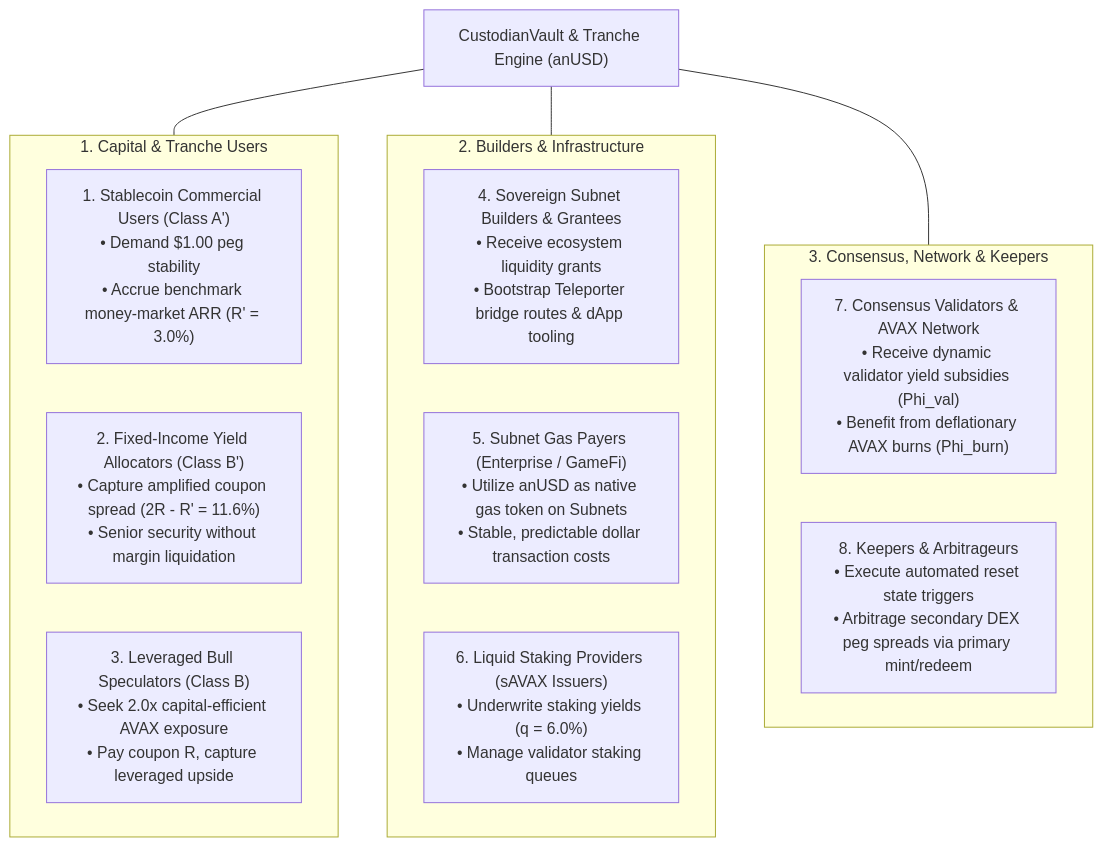
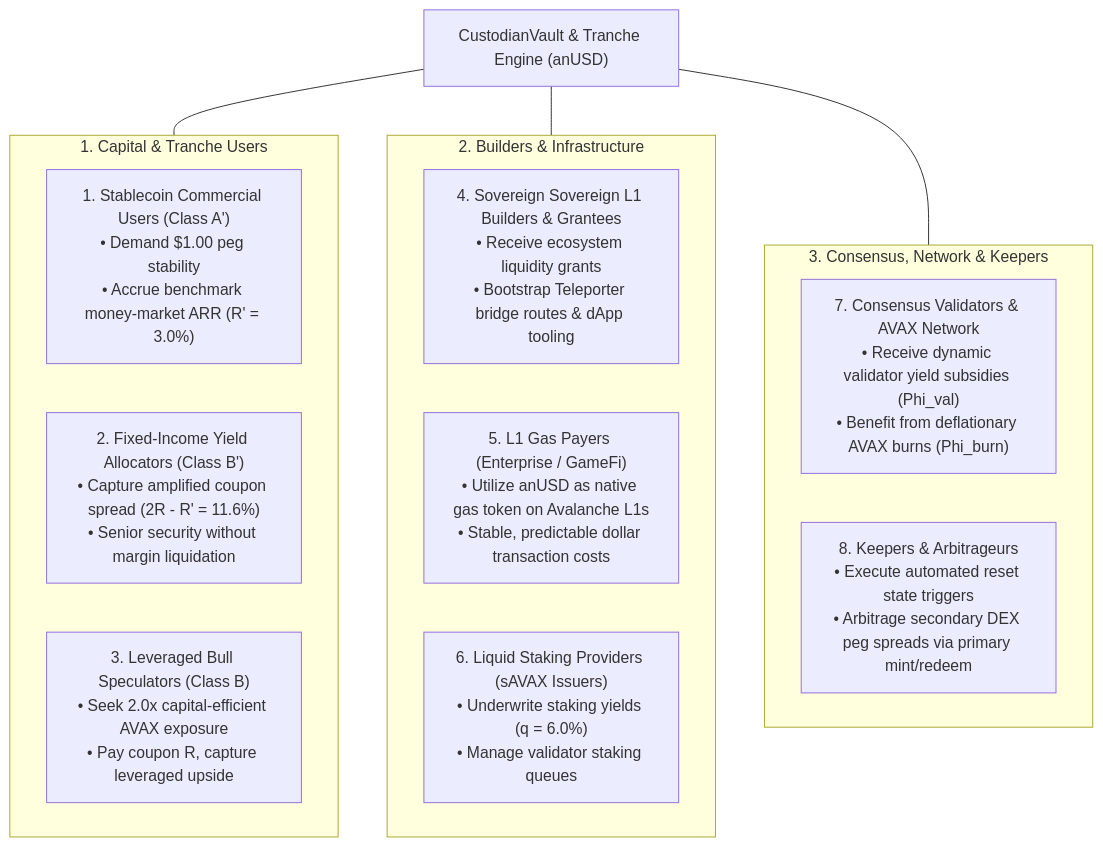
Before and after one commit to coad1024-cmd/avalanche-native-stablecoin: the first of 3 diagrams in docs/reports/TOKEN_ENGINEERING_SPEC.md, drawn with Mermaid. The commit also changed other lines of this file and 17 other files, not shown here.

Commit message:
refactor(terminology): replace legacy subnet references with Avalanche L1s across all docs and code

````diff
--- a/docs/reports/TOKEN_ENGINEERING_SPEC.md
+++ b/docs/reports/TOKEN_ENGINEERING_SPEC.md
@@ -18,25 +18,25 @@
 ```mermaid
 flowchart TD
     Vault["CustodianVault & Tranche Engine (anUSD)"]
     
     subgraph CapitalMarkets["1. Capital & Tranche Users"]
         A1["1. Stablecoin Commercial Users (Class A')\n• Demand $1.00 peg stability\n• Accrue benchmark money-market ARR (R' = 3.0%)"]
         A2["2. Fixed-Income Yield Allocators (Class B')\n• Capture amplified coupon spread (2R - R' = 11.6%)\n• Senior security without margin liquidation"]
         A3["3. Leveraged Bull Speculators (Class B)\n• Seek 2.0x capital-efficient AVAX exposure\n• Pay coupon R, capture leveraged upside"]
     end
 
     subgraph EcosystemBuilders["2. Builders & Infrastructure"]
-        A4["4. Sovereign Subnet Builders & Grantees\n• Receive ecosystem liquidity grants\n• Bootstrap Teleporter bridge routes & dApp tooling"]
-        A5["5. Subnet Gas Payers (Enterprise / GameFi)\n• Utilize anUSD as native gas token on Subnets\n• Stable, predictable dollar transaction costs"]
+        A4["4. Sovereign Sovereign L1 Builders & Grantees\n• Receive ecosystem liquidity grants\n• Bootstrap Teleporter bridge routes & dApp tooling"]
+        A5["5. L1 Gas Payers (Enterprise / GameFi)\n• Utilize anUSD as native gas token on Avalanche L1s\n• Stable, predictable dollar transaction costs"]
         A6["6. Liquid Staking Providers (sAVAX Issuers)\n• Underwrite staking yields (q = 6.0%)\n• Manage validator staking queues"]
     end
 
     subgraph ConsensusGovernance["3. Consensus, Network & Keepers"]
         A7["7. Consensus Validators & AVAX Network\n• Receive dynamic validator yield subsidies (Phi_val)\n• Benefit from deflationary AVAX burns (Phi_burn)"]
         A8["8. Keepers & Arbitrageurs\n• Execute automated reset state triggers\n• Arbitrage secondary DEX peg spreads via primary mint/redeem"]
     end
 
     Vault --- CapitalMarkets
     Vault --- EcosystemBuilders
     Vault --- ConsensusGovernance
 ```
````
